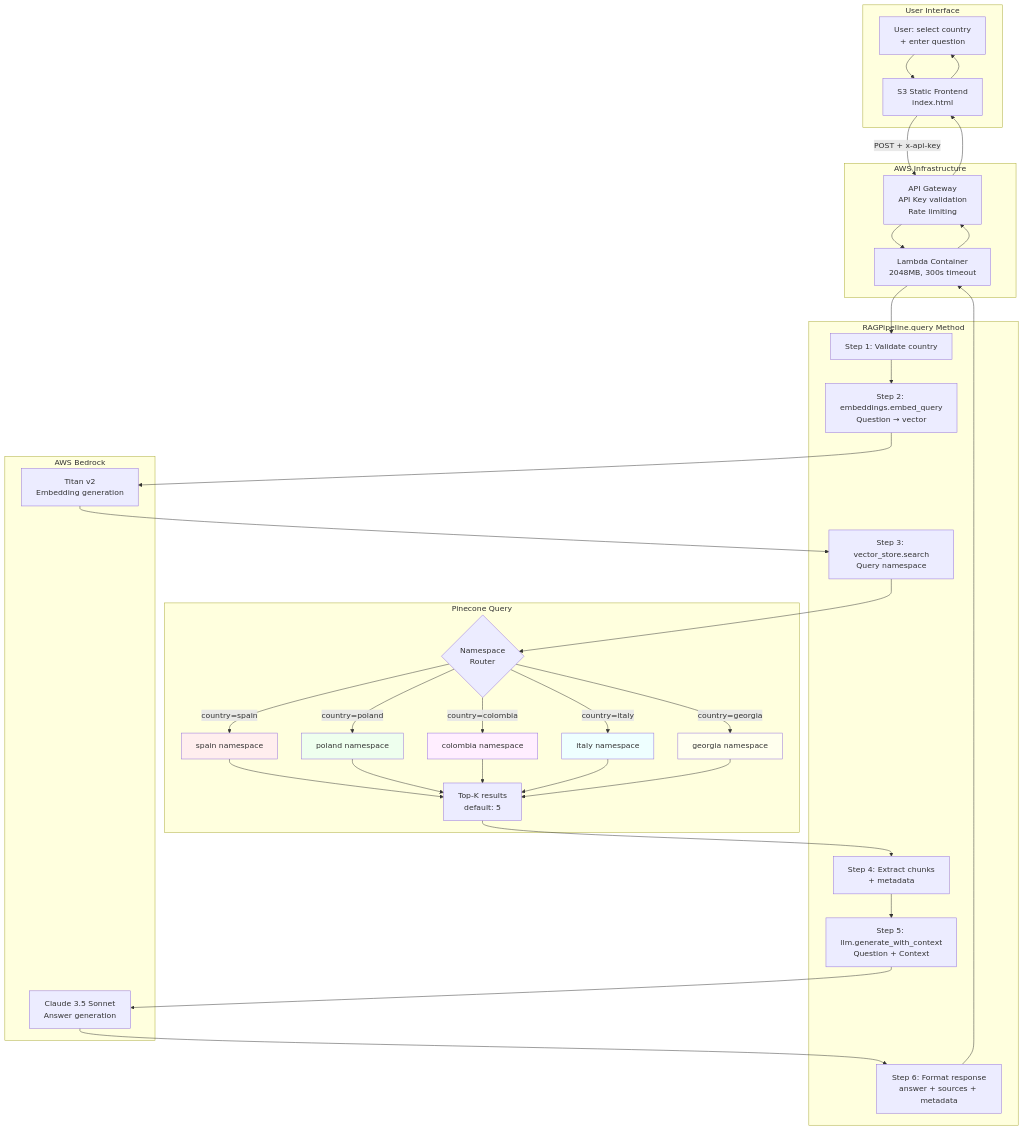
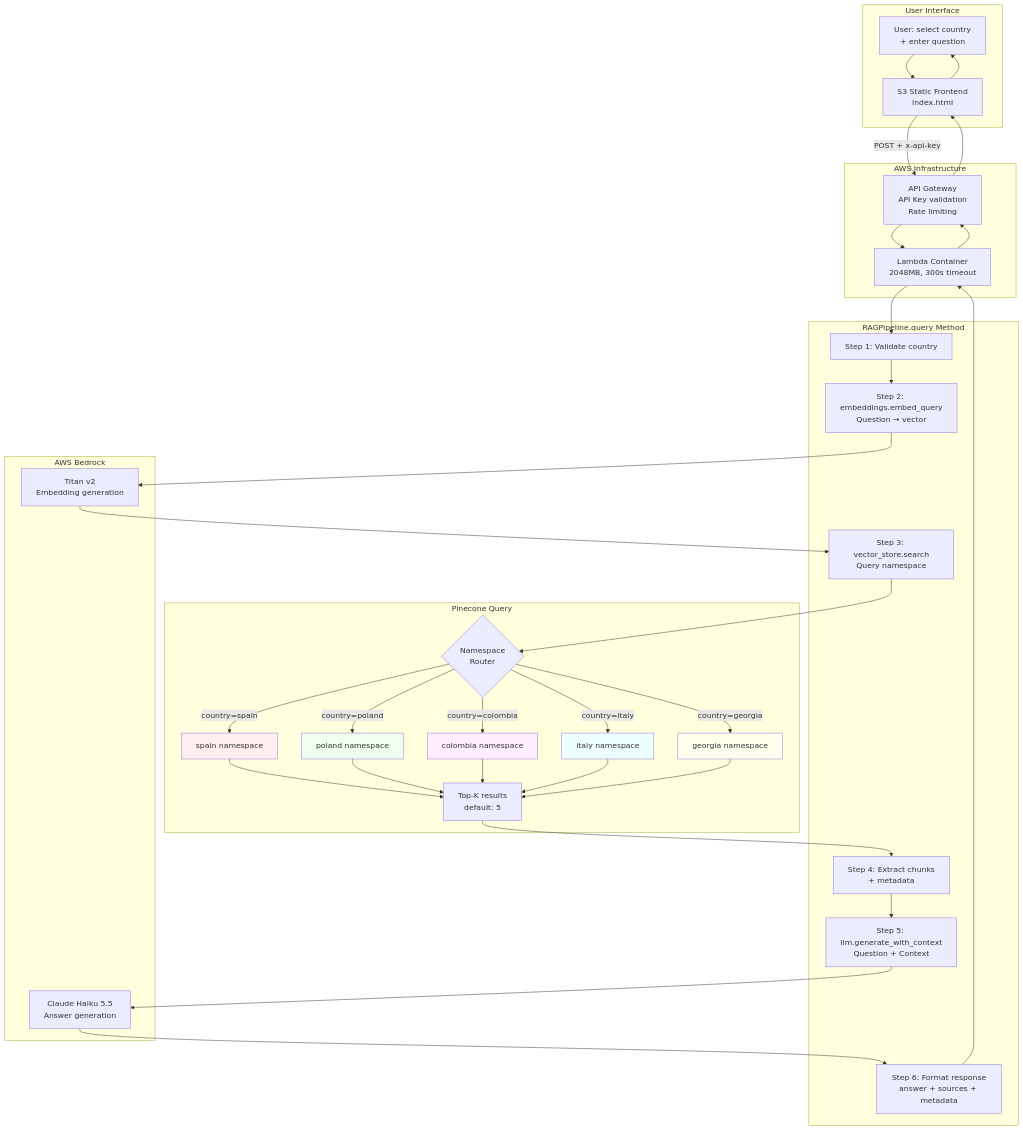
Before and after one commit to AndresFMC/RAG-powered_AI_assistant: the second of 2 diagrams in README.md, drawn with Mermaid. The commit also changed other lines of this file and 2 other files, not shown here.

First line of the commit message:
Migrate from retired Claude 3.5 Sonnet to Claude Haiku 5.5 (EU inference profile)

````diff
--- a/README.md
+++ b/README.md
@@ -110,69 +112,69 @@
 ```mermaid
 graph TB
     subgraph "User Interface"
         A[User: select country<br/>+ enter question]
         B[S3 Static Frontend<br/>index.html]
     end
     
     subgraph "AWS Infrastructure"
         C[API Gateway<br/>API Key validation<br/>Rate limiting]
         D[Lambda Container<br/>2048MB, 300s timeout]
     end
     
     subgraph "RAGPipeline.query Method"
         E[Step 1: Validate country]
         F[Step 2: embeddings.embed_query<br/>Question → vector]
         G[Step 3: vector_store.search<br/>Query namespace]
         H[Step 4: Extract chunks<br/>+ metadata]
         I[Step 5: llm.generate_with_context<br/>Question + Context]
         J[Step 6: Format response<br/>answer + sources + metadata]
     end
     
     subgraph "AWS Bedrock"
         K[Titan v2<br/>Embedding generation]
-        L[Claude 3.5 Sonnet<br/>Answer generation]
+        L[Claude Haiku 5.5<br/>Answer generation]
     end
     
     subgraph "Pinecone Query"
         M{Namespace<br/>Router}
         N1[spain namespace]
         N2[poland namespace]
         N3[colombia namespace]
         N4[italy namespace]
         N5[georgia namespace]
         O[Top-K results<br/>default: 5]
     end
     
     A --> B
     B -->|POST + x-api-key| C
     C --> D
     D --> E
     E --> F
     F --> K
     K --> G
     G --> M
     M -->|country=spain| N1
     M -->|country=poland| N2
     M -->|country=colombia| N3
     M -->|country=italy| N4
     M -->|country=georgia| N5
     N1 --> O
     N2 --> O
     N3 --> O
     N4 --> O
     N5 --> O
     O --> H
     H --> I
     I --> L
     L --> J
     J --> D
     D --> C
     C --> B
     B --> A
     
     style N1 fill:#fee
     style N2 fill:#efe
     style N3 fill:#fef
     style N4 fill:#eff
     style N5 fill:#ffe
 ```
````
